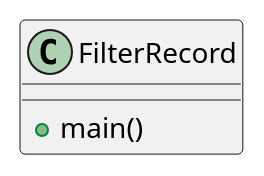
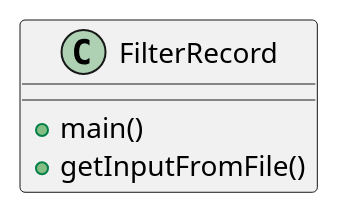
One commit to JesseJ756/JavaPractice changed the diagram in src/main/java/ex41/ex41UML.puml. Above: the diagram before and after it, drawn with PlantUML. The commit also changed 2 other files, not shown here.

```diff
--- a/src/main/java/ex41/ex41UML.puml
+++ b/src/main/java/ex41/ex41UML.puml
@@ -1,6 +1,6 @@
 @startuml
 'https://plantuml.com/sequence-diagram
 FilterRecord : + main()
-
+FilterRecord : + getInputFromFile()
 
 @enduml
```
